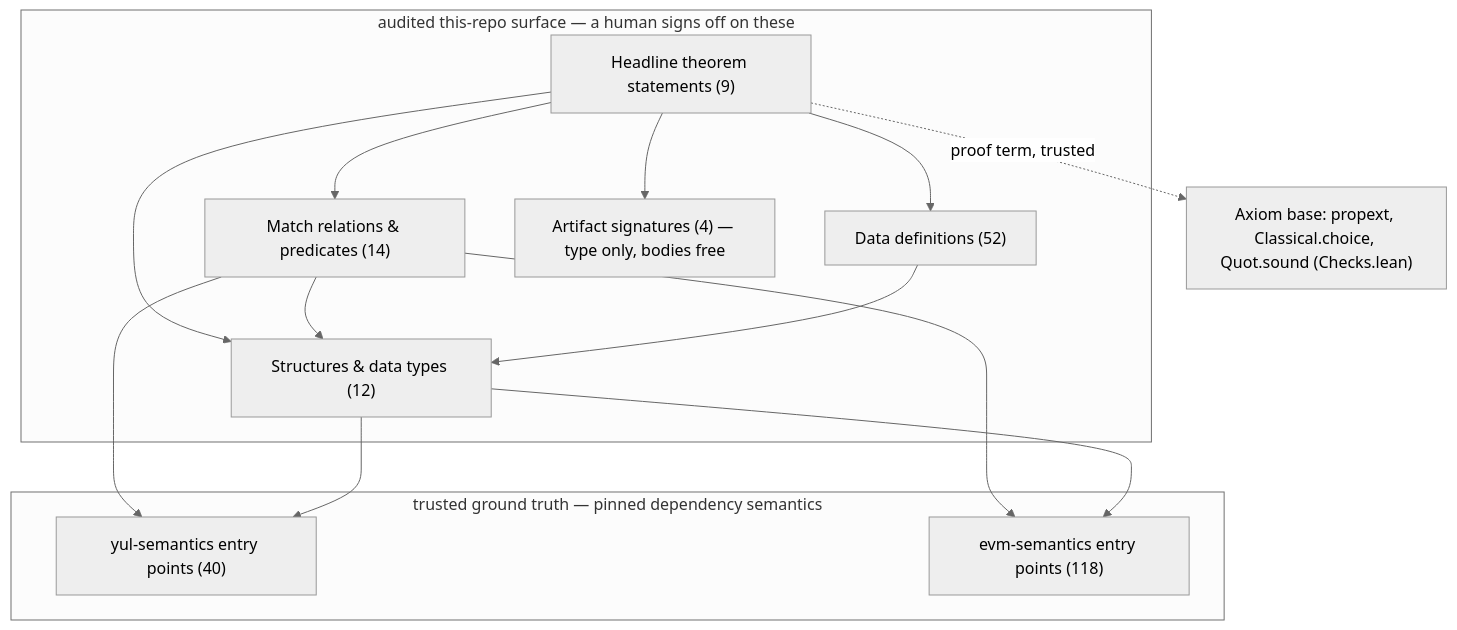
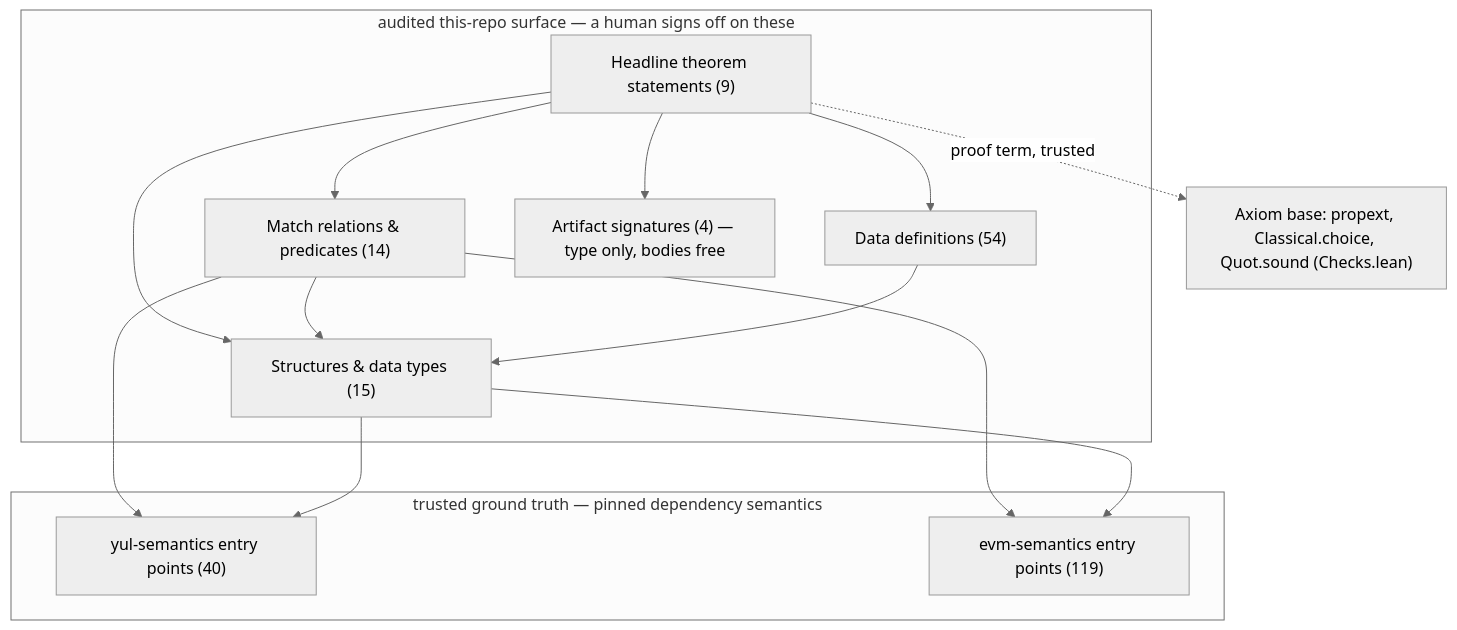
Before and after one commit to powdr-labs/yul-compiler: the diagram in SPEC.md, drawn with Mermaid (neutral theme). The commit also changed other lines of this file and 1 other file, not shown here.

````diff
--- a/SPEC.md
+++ b/SPEC.md
@@ -23,20 +23,20 @@
 ```mermaid
 flowchart TD
   subgraph audited ["audited this-repo surface — a human signs off on these"]
     S["Headline theorem statements (9)"]
     R["Match relations & predicates (14)"]
-    T["Structures & data types (12)"]
-    D["Data definitions (52)"]
+    T["Structures & data types (15)"]
+    D["Data definitions (54)"]
     A["Artifact signatures (4) — type only, bodies free"]
   end
   subgraph external ["trusted ground truth — pinned dependency semantics"]
     YUL["yul-semantics entry points (40)"]
-    EVM["evm-semantics entry points (118)"]
+    EVM["evm-semantics entry points (119)"]
   end
   AX["Axiom base: propext, Classical.choice, Quot.sound (Checks.lean)"]
   S --> R & T & D & A
   R --> T & YUL & EVM
   D --> T
   T --> YUL & EVM
   S -.->|proof term, trusted| AX
 ```
````
